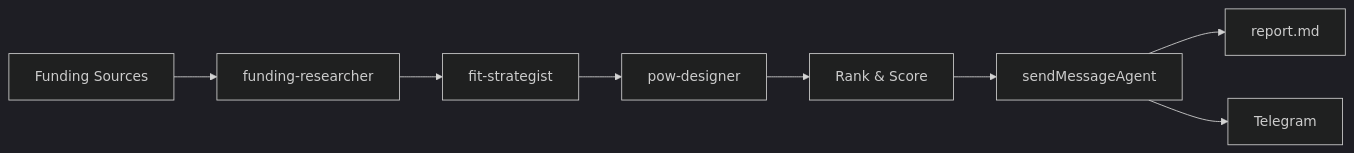
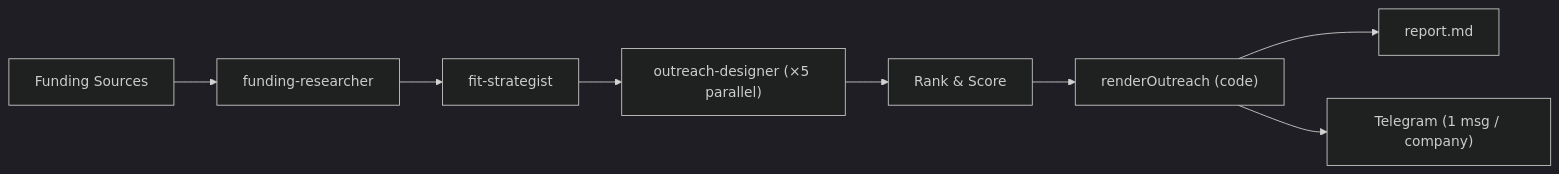
Before and after one commit to uditya-kumar/FundingToOutreach: the diagram in README.md, drawn with Mermaid (dark theme). The commit also changed other lines of this file and 12 other files, not shown here.

First line of the commit message:
refactor: replace proof-of-work design with outreach design in agent pipeline

````diff
--- a/README.md
+++ b/README.md
@@ -44,10 +50,10 @@
 ```mermaid
 flowchart LR
     A[Funding Sources] --> B[funding-researcher]
     B --> C[fit-strategist]
-    C --> D[pow-designer]
+    C --> D["outreach-designer (×5 parallel)"]
     D --> E[Rank & Score]
-    E --> F[sendMessageAgent]
+    E --> F["renderOutreach (code)"]
     F --> G[report.md]
-    F --> H[Telegram]
+    F --> H["Telegram (1 msg / company)"]
 ```
````
